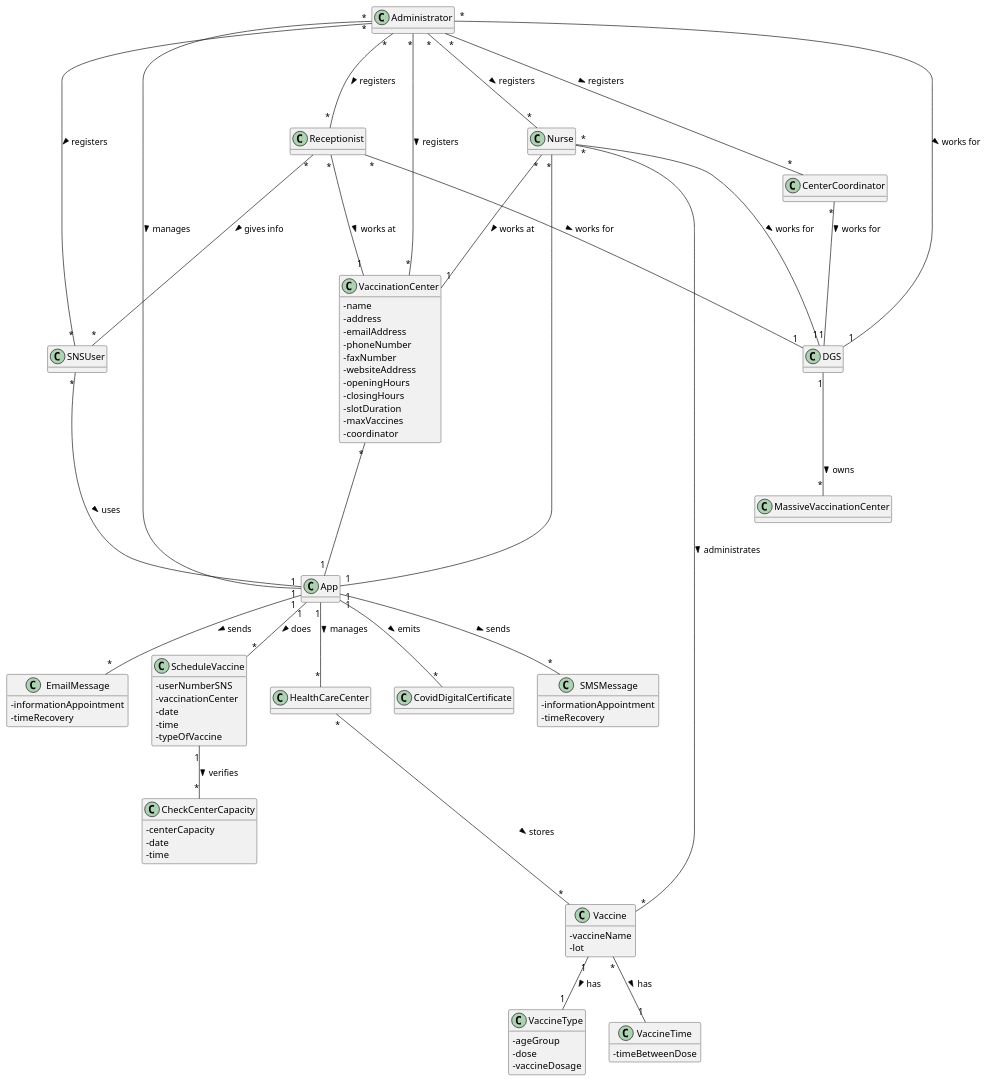
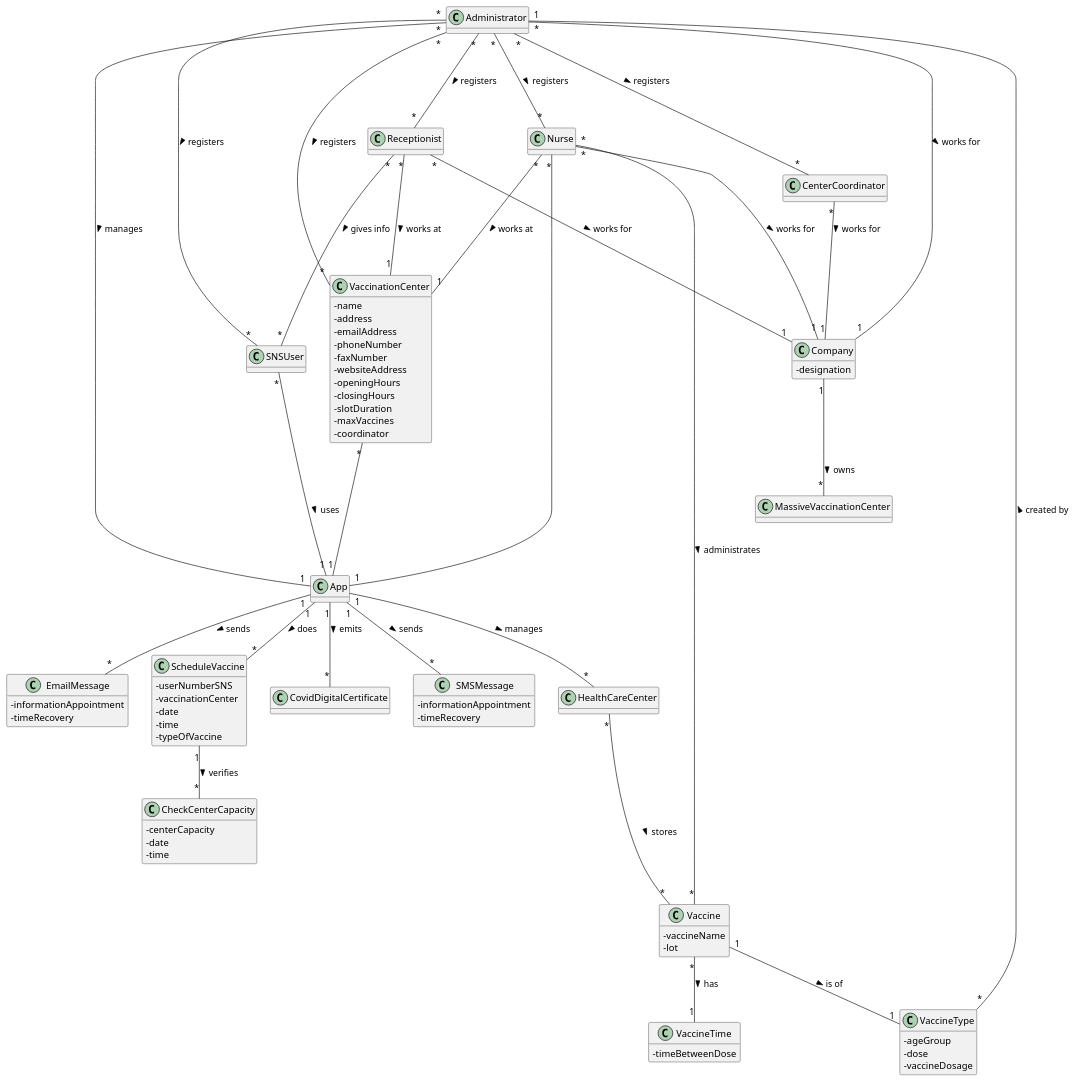
The diagram in docs/SprintA/DM.puml (PedroMesquita1211171/VaccinationManager), drawn with PlantUML before and after one commit. The commit also changed 6 other files, not shown here.

```diff
--- a/docs/SprintA/DM.puml
+++ b/docs/SprintA/DM.puml
@@ -1,118 +1,120 @@
 @startuml
 skinparam classAttributeIconSize 0
 hide methods
 
 class Administrator{
 }
 
 class Nurse{
 }
 
 class SNSUser{
 }
 
 class Receptionist{
 }
 
 class CenterCoordinator{
 }
 
 class HealthCareCenter {
 }
 
-class DGS {
+class Company {
+- designation
 }
 
 class MassiveVaccinationCenter {
 }
 
 class CovidDigitalCertificate {
 }
 
 class App{
 }
 
 class SMSMessage {
 - informationAppointment
 - timeRecovery
 }
 
 class EmailMessage {
 - informationAppointment
 - timeRecovery
 }
 
 class Vaccine {
 - vaccineName
 - lot
 }
 
 class VaccineType {
 - ageGroup
 - dose
 - vaccineDosage
 }
 
 class VaccineTime {
 - timeBetweenDose
 }
 
 class CheckCenterCapacity {
 - centerCapacity
 - date
 - time
 }
 
 class ScheduleVaccine {
 - userNumberSNS
 - vaccinationCenter
 - date
 - time
 - typeOfVaccine
 }
 
 class VaccinationCenter {
   - name
   - address
   - emailAddress
   - phoneNumber
   - faxNumber
   - websiteAddress
   - openingHours
   - closingHours
   - slotDuration
   - maxVaccines
   - coordinator
 }
 
 Administrator "*"---"*" Nurse : registers >
 Administrator "*"---"*" CenterCoordinator : registers >
 Administrator "*"---"*" Receptionist : registers >
 Administrator "*"---"*" SNSUser : registers >
 Administrator "*"---"*" VaccinationCenter : registers >
 Administrator "*"---"1" App : manages >
-Administrator "*"---"1" DGS : works for >
+Administrator "*"---"1" Company : works for >
 SNSUser "*"---"1" App : uses >
 VaccinationCenter "*"---"1" App
 Nurse "*"---"1" App
-Nurse "*"---"1" DGS : works for >
+Nurse "*"---"1" Company : works for >
 Nurse "*"---"*" Vaccine : administrates >
 Nurse "*"---"1" VaccinationCenter : works at >
 Receptionist "*"---"*" SNSUser : gives info >
 Receptionist "*"---"1" VaccinationCenter : works at >
-Receptionist "*"---"1" DGS : works for >
-CenterCoordinator "*"--"1" DGS : works for >
-DGS "1"--"*" MassiveVaccinationCenter : owns >
-Vaccine "1"--"1" VaccineType : has >
+Receptionist "*"---"1" Company : works for >
+CenterCoordinator "*"--"1" Company : works for >
+Company "1"--"*" MassiveVaccinationCenter : owns >
+Vaccine "1"--"1" VaccineType : is of >
 Vaccine "*"--"1" VaccineTime : has >
 App "1"--"*" ScheduleVaccine : does >
 App "1"--"*" SMSMessage : sends >
 App "1"--"*" HealthCareCenter : manages >
 App "1"--"*" CovidDigitalCertificate : emits >
 App "1"--"*" EmailMessage : sends >
 ScheduleVaccine "1"--"*" CheckCenterCapacity : verifies >
 HealthCareCenter "*"---"*" Vaccine : stores >
+VaccineType "*"--"1" Administrator : created by >
 
 
 
 @endum
```
